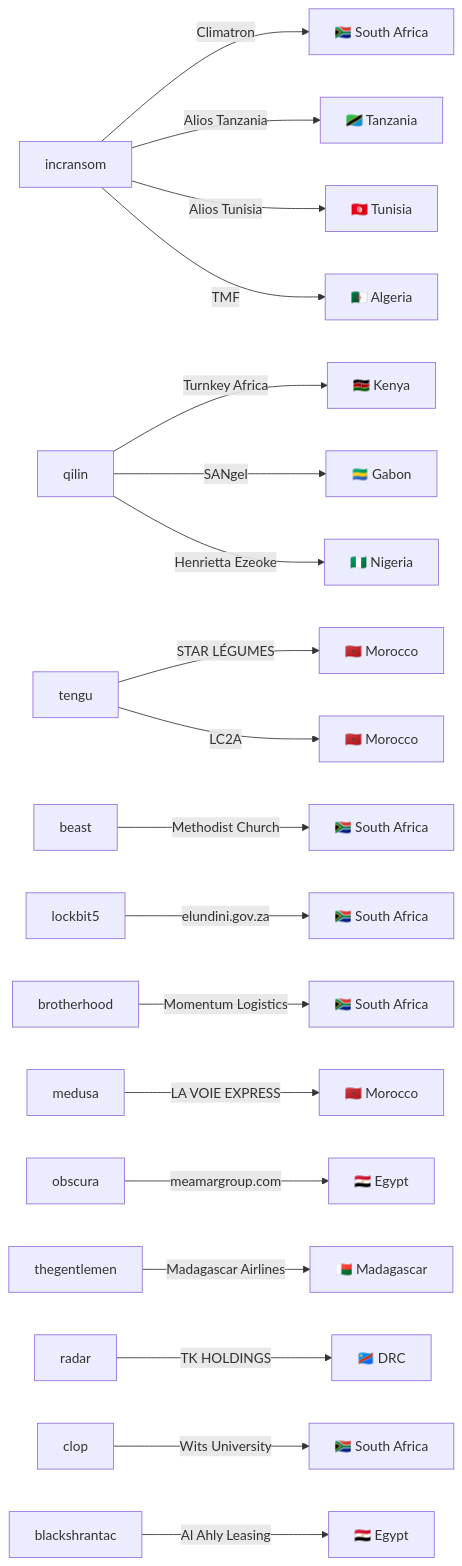
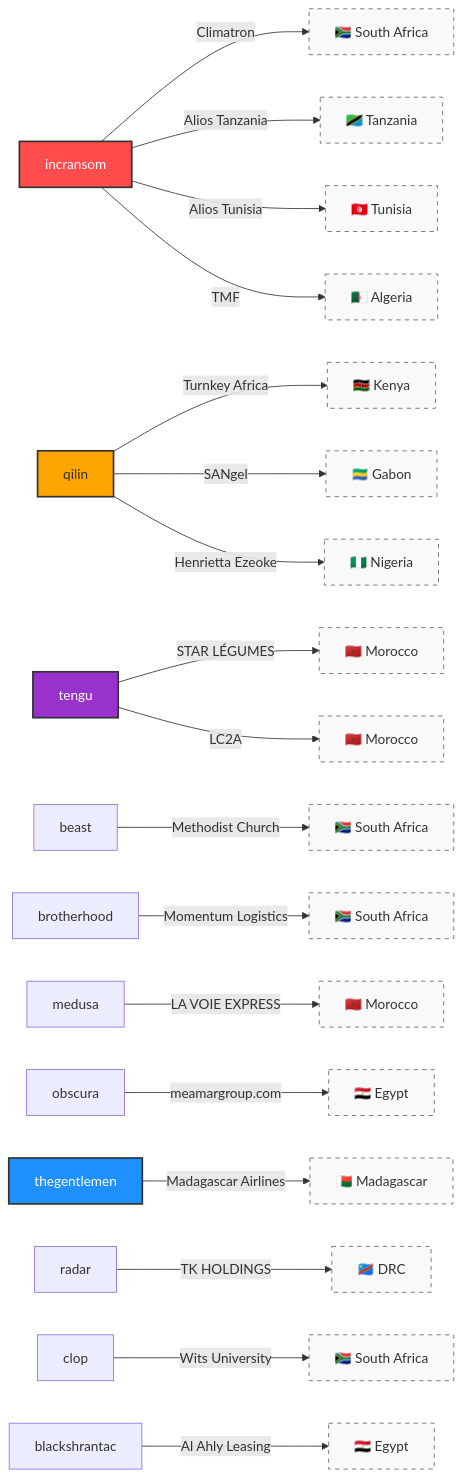
One commit to Hatchepsoute/AFRINTEL changed the fifth of 5 diagrams in reports/2025/10-october/README.md. Above: the diagram before and after it, drawn with Mermaid. The commit also changed other lines of this file and 14 other files, not shown here.

````diff
--- a/reports/2025/10-october/README.md
+++ b/reports/2025/10-october/README.md
@@ -208,21 +202,30 @@
 ```mermaid
 graph LR
     incransom -->|Climatron| SA1["🇿🇦 South Africa"]
     incransom -->|Alios Tanzania| Tanzania["🇹🇿 Tanzania"]
     incransom -->|Alios Tunisia| Tunisia["🇹🇳 Tunisia"]
     incransom -->|TMF| Algeria["🇩🇿 Algeria"]
     qilin -->|Turnkey Africa| Kenya["🇰🇪 Kenya"]
     qilin -->|SANgel| Gabon["🇬🇦 Gabon"]
     qilin -->|Henrietta Ezeoke| Nigeria["🇳🇬 Nigeria"]
     tengu -->|STAR LÉGUMES| Morocco1["🇲🇦 Morocco"]
     tengu -->|LC2A| Morocco2["🇲🇦 Morocco"]
     beast -->|Methodist Church| SA2["🇿🇦 South Africa"]
-    lockbit5 -->|elundini.gov.za| SA3["🇿🇦 South Africa"]
     brotherhood -->|Momentum Logistics| SA4["🇿🇦 South Africa"]
     medusa -->|LA VOIE EXPRESS| Morocco3["🇲🇦 Morocco"]
     obscura -->|meamargroup.com| Egypt1["🇪🇬 Egypt"]
     thegentlemen -->|Madagascar Airlines| Madagascar["🇲🇬 Madagascar"]
     radar -->|TK HOLDINGS| DRC["🇨🇩 DRC"]
     clop -->|Wits University| SA5["🇿🇦 South Africa"]
     blackshrantac -->|Al Ahly Leasing| Egypt2["🇪🇬 Egypt"]
+
+    %% Styles et Couleurs
+    style incransom fill:#ff4d4d,stroke:#333,stroke-width:2px,color:#fff
+    style qilin fill:#ffa500,stroke:#333,stroke-width:2px
+    style tengu fill:#9932cc,stroke:#333,stroke-width:2px,color:#fff
+    style thegentlemen fill:#1e90ff,stroke:#333,stroke-width:2px,color:#fff
+    
+    %% Style des pays (Nodes de destination)
+    classDef country fill:#f9f9f9,stroke:#666,stroke-dasharray: 5 5
+    class SA1,SA2,SA4,SA5,Tanzania,Tunisia,Algeria,Kenya,Gabon,Nigeria,Morocco1,Morocco2,Morocco3,Egypt1,Egypt2,Madagascar,DRC country
 ```
````
